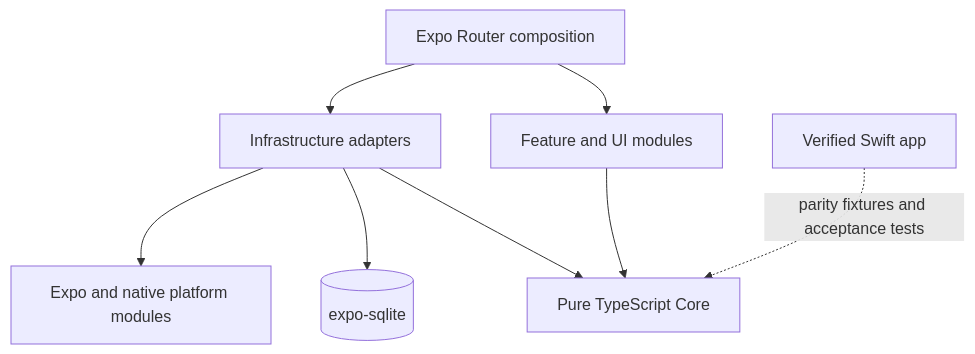
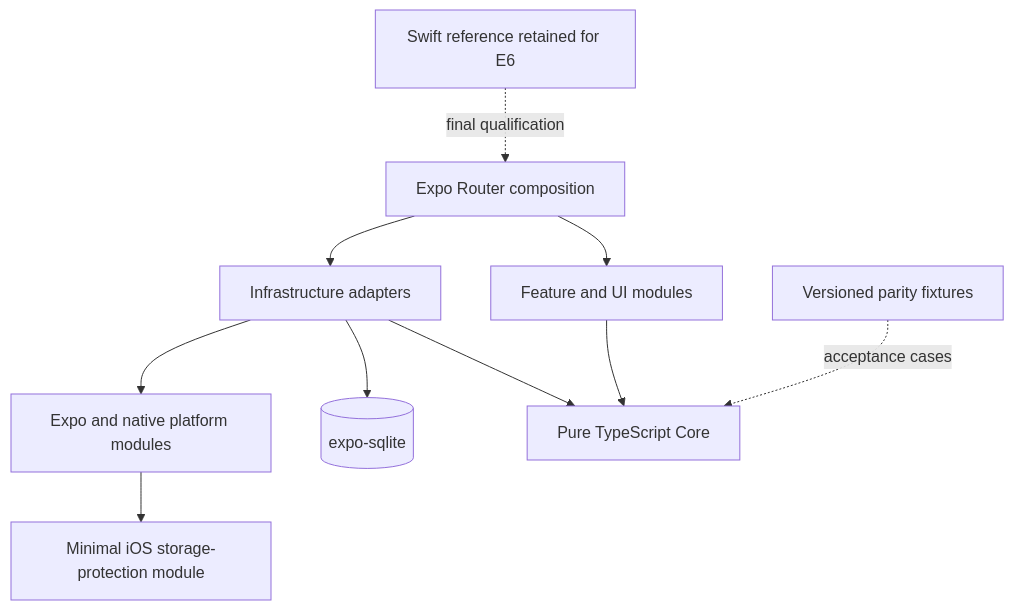
Before and after one commit to Sasnigs/kineo: the diagram in docs/technical/09_EXPO_MIGRATION.md, drawn with Mermaid. The commit also changed other lines of this file and 10 other files, not shown here.

````diff
--- a/docs/technical/09_EXPO_MIGRATION.md
+++ b/docs/technical/09_EXPO_MIGRATION.md
@@ -24,10 +24,12 @@
 ```mermaid
 flowchart TB
     routes[Expo Router composition] --> features[Feature and UI modules]
     routes --> adapters[Infrastructure adapters]
     features --> core[Pure TypeScript Core]
     adapters --> core
     adapters --> sqlite[(expo-sqlite)]
     adapters --> platform[Expo and native platform modules]
-    swift[Verified Swift app] -. parity fixtures and acceptance tests .-> core
+    fixtures[Versioned parity fixtures] -. acceptance cases .-> core
+    platform --> bridge[Minimal iOS storage-protection module]
+    swift[Swift reference retained for E6] -. final qualification .-> routes
 ```
````
